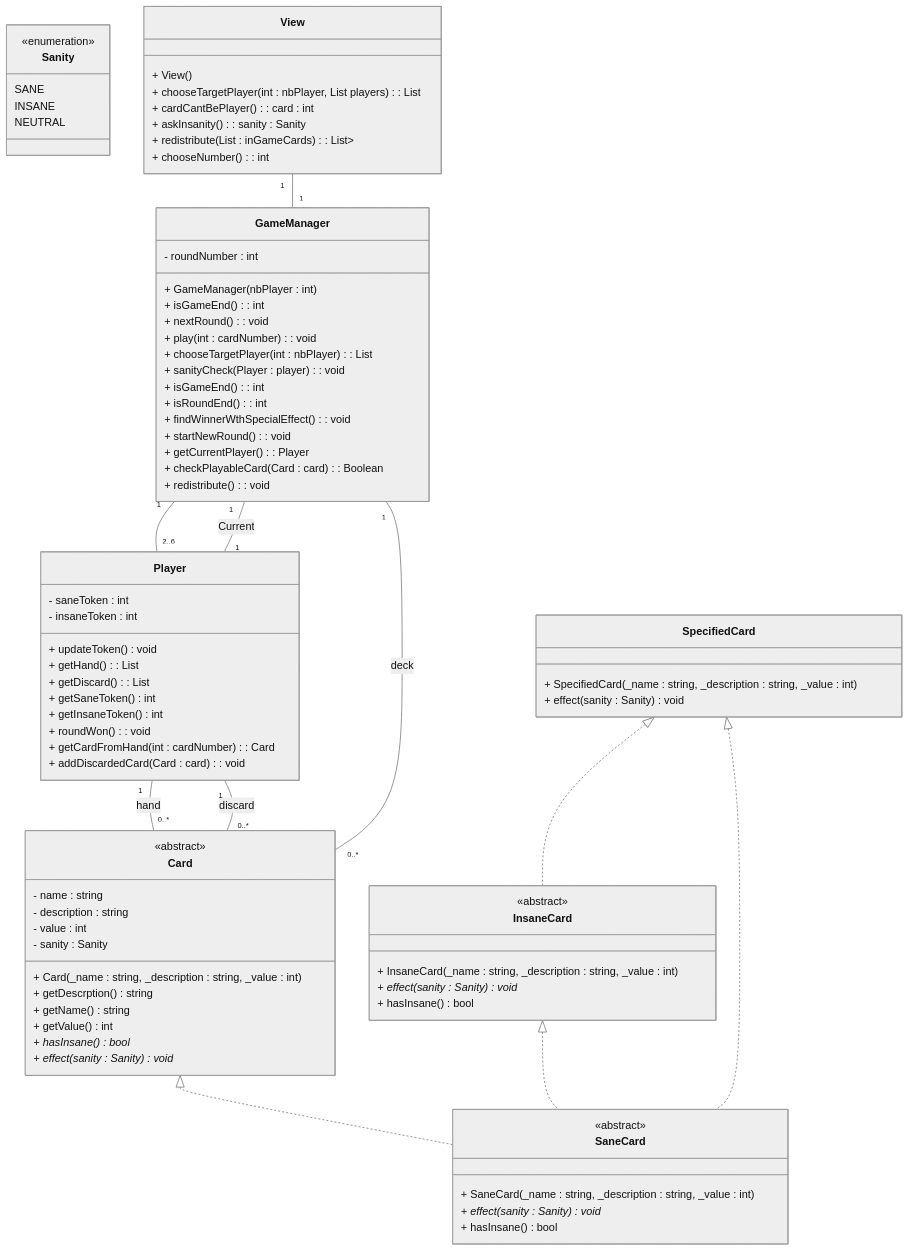
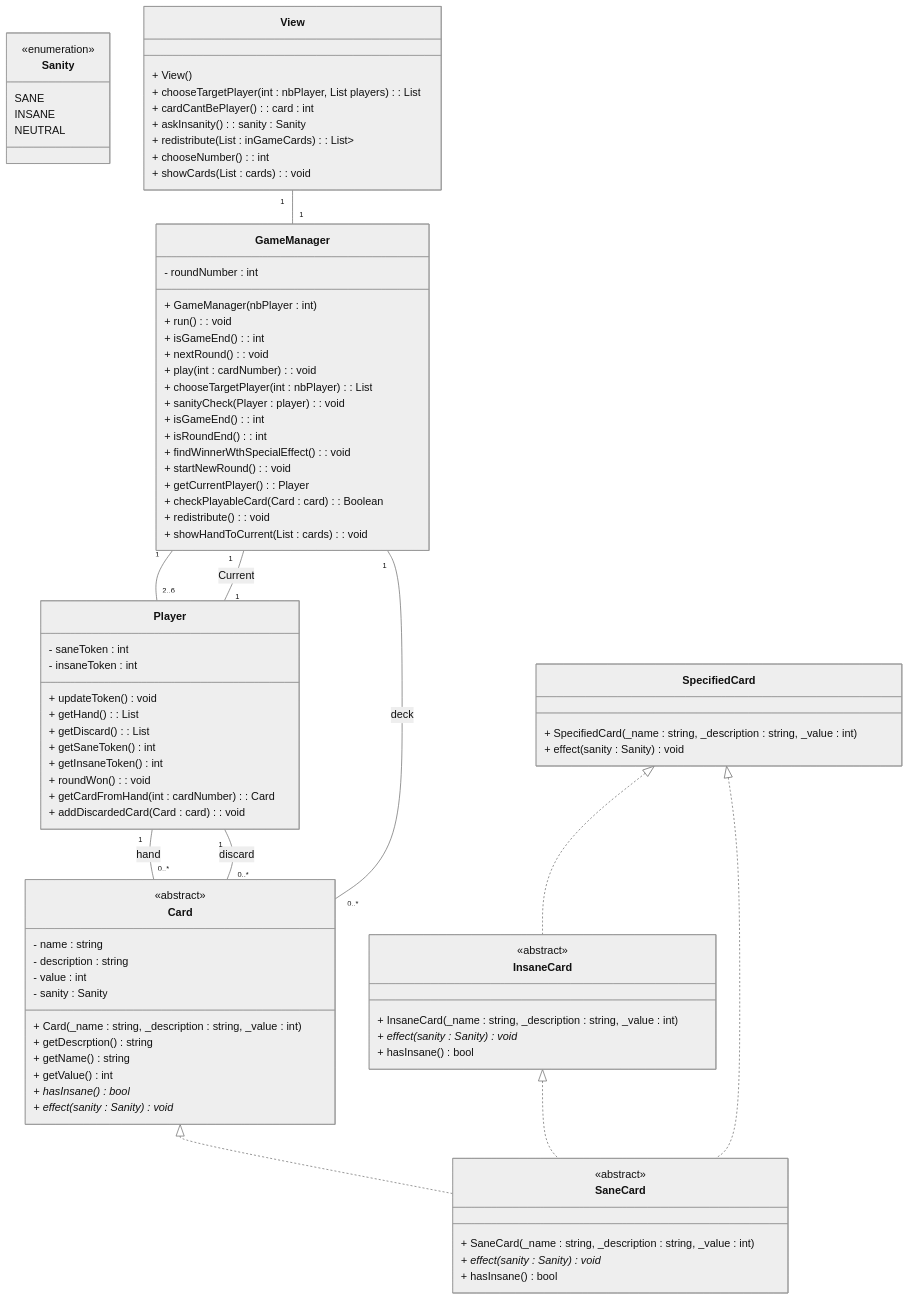
One commit to Marsevil/LovecraftLetter_IA changed the diagram in docs/uml.mmd. Above: the diagram before and after it, drawn with Mermaid (neutral theme). The commit also changed 13 other files, not shown here.

```diff
--- a/docs/uml.mmd
+++ b/docs/uml.mmd
@@ -1,93 +1,96 @@
 classDiagram
     class Sanity {
     <<enumeration>>
         SANE
         INSANE
         NEUTRAL
     }
 
     class Card {
     <<abstract>>
         - name : string
         - description : string
         - value : int
         - sanity : Sanity
 
         + Card(_name : string, _description : string, _value : int)
         + getDescrption() string
         + getName() string
         + getValue() int
         + hasInsane()* bool
         + effect(sanity : Sanity)* void
     }
 
     class SaneCard {
     <<abstract>>
         + SaneCard(_name : string, _description : string, _value : int)
         + effect(sanity : Sanity)* void
         + hasInsane() bool
     }
 
     class InsaneCard {
     <<abstract>>
         + InsaneCard(_name : string, _description : string, _value : int)
         + effect(sanity : Sanity)* void
         + hasInsane() bool
     }
 
     class SpecifiedCard {
         + SpecifiedCard(_name : string, _description : string, _value : int)
         + effect(sanity : Sanity) void
     }
 
     class GameManager {
         - roundNumber : int
 
         + GameManager(nbPlayer : int)
+        + run() : void
         + isGameEnd() : int
         + nextRound() : void
         + play(int : cardNumber) : void
         + chooseTargetPlayer(int : nbPlayer) : List<Player>
         + sanityCheck(Player : player) : void
         + isGameEnd() : int
         + isRoundEnd() : int
         + findWinnerWthSpecialEffect() : void
         + startNewRound() : void
         + getCurrentPlayer() : Player
         + checkPlayableCard(Card : card) : Boolean
         + redistribute() : void
+        + showHandToCurrent(List<Card> : cards) : void
     }
 
     class Player {
         - saneToken : int
         - insaneToken : int
 
         + updateToken() void
         + getHand() : List<Card>
         + getDiscard() : List<Card>
         + getSaneToken() int
         + getInsaneToken() int
         + roundWon() : void
         + getCardFromHand(int : cardNumber) : Card
         + addDiscardedCard(Card : card) : void
     }
 
     class View {
         + View()
         + chooseTargetPlayer(int : nbPlayer, List<Player> players) : List<Player>
         + cardCantBePlayer() : card : int
         + askInsanity() : sanity : Sanity
         + redistribute(List<Card> : inGameCards) : List<List<Card>>
         + chooseNumber() : int
+        + showCards(List<Card> : cards) : void
     }
 
     Card <|.. SaneCard
     InsaneCard <|.. SaneCard
     SpecifiedCard <|.. SaneCard
     SpecifiedCard <|.. InsaneCard
     Player "1" -- "0..*" Card : hand
     Player "1" -- "0..*" Card : discard
     GameManager "1" -- "0..*" Card : deck
     GameManager "1" -- "2..6" Player
     GameManager "1" -- "1" Player : Current
     View "1" -- "1" GameManager
```
